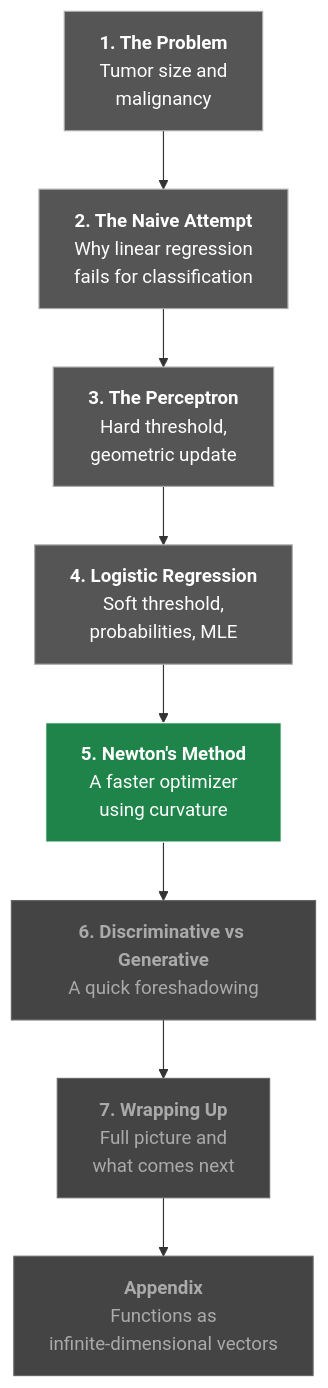
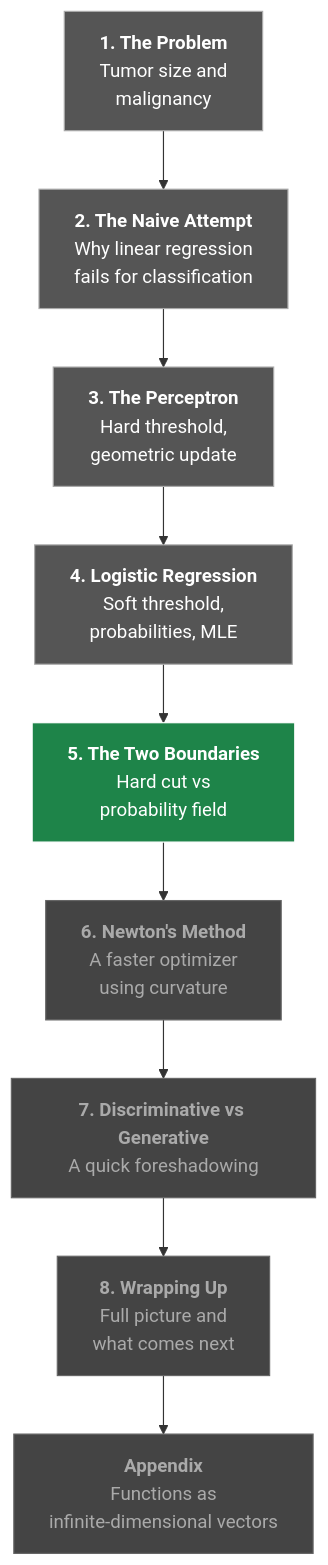
One commit to SushrutGaikwad/SushrutGaikwad.github.io changed the third of 5 diagrams in blog/published/classification-perceptron-logistic-regression/index.qmd. Above: the diagram before and after it, drawn with Mermaid. The commit also changed other lines of this file and 19 other files, not shown here.

````diff
--- a/blog/published/classification-perceptron-logistic-regression/index.qmd
+++ b/blog/published/classification-perceptron-logistic-regression/index.qmd
@@ -455,22 +467,24 @@
 ```{mermaid}
 %%| fig-align: center
 flowchart TB
     A["<b>1. The Problem</b><br/>Tumor size and<br/>malignancy"]
     B["<b>2. The Naive Attempt</b><br/>Why linear regression<br/>fails for classification"]
     C["<b>3. The Perceptron</b><br/>Hard threshold,<br/>geometric update"]
     D["<b>4. Logistic Regression</b><br/>Soft threshold,<br/>probabilities, MLE"]
-    E["<b>5. Newton's Method</b><br/>A faster optimizer<br/>using curvature"]
-    F["<b>6. Discriminative vs Generative</b><br/>A quick foreshadowing"]
-    G["<b>7. Wrapping Up</b><br/>Full picture and<br/>what comes next"]
-    H["<b>Appendix</b><br/>Functions as<br/>infinite-dimensional vectors"]
-    A --> B --> C --> D --> E --> F --> G --> H
+    E["<b>5. The Two Boundaries</b><br/>Hard cut vs<br/>probability field"]
+    F["<b>6. Newton's Method</b><br/>A faster optimizer<br/>using curvature"]
+    G["<b>7. Discriminative vs Generative</b><br/>A quick foreshadowing"]
+    H["<b>8. Wrapping Up</b><br/>Full picture and<br/>what comes next"]
+    I["<b>Appendix</b><br/>Functions as<br/>infinite-dimensional vectors"]
+    A --> B --> C --> D --> E --> F --> G --> H --> I
 
     style A fill:#555,color:#fff,stroke:#aaa
     style B fill:#555,color:#fff,stroke:#aaa
     style C fill:#555,color:#fff,stroke:#aaa
     style D fill:#555,color:#fff,stroke:#aaa
     style E fill:#1e8449,color:#fff,stroke:#fff
     style F fill:#444,color:#aaa,stroke:#666
     style G fill:#444,color:#aaa,stroke:#666
     style H fill:#444,color:#aaa,stroke:#666
+    style I fill:#444,color:#aaa,stroke:#666
 ```
````
